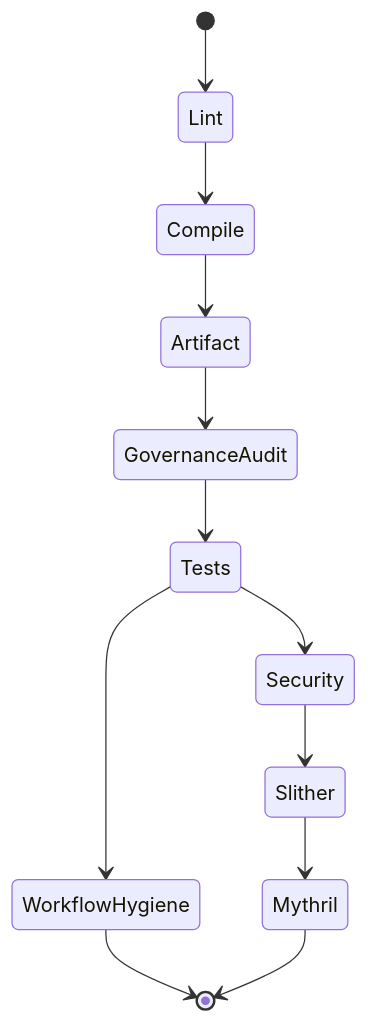
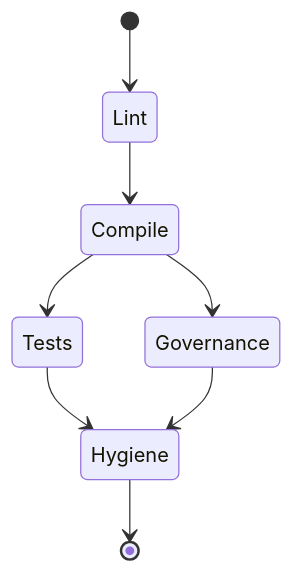
The fifth of 6 diagrams in README.md (MontrealAI/agijobs-sovereign-labor-v0p1), drawn with Mermaid before and after one commit. The commit also changed other lines of this file, not shown here.

Commit message:
Refresh README and document governance controls

````diff
--- a/README.md
+++ b/README.md
@@ -198,14 +221,10 @@
 ```mermaid
 stateDiagram-v2
     [*] --> Lint
     Lint --> Compile
-    Compile --> Artifact
-    Artifact --> GovernanceAudit
-    GovernanceAudit --> Tests
-    Tests --> WorkflowHygiene
-    Tests --> Security
-    Security --> Slither
-    Slither --> Mythril
-    WorkflowHygiene --> [*]
-    Mythril --> [*]
+    Compile --> Governance
+    Compile --> Tests
+    Tests --> Hygiene
+    Governance --> Hygiene
+    Hygiene --> [*]
 ```
````
